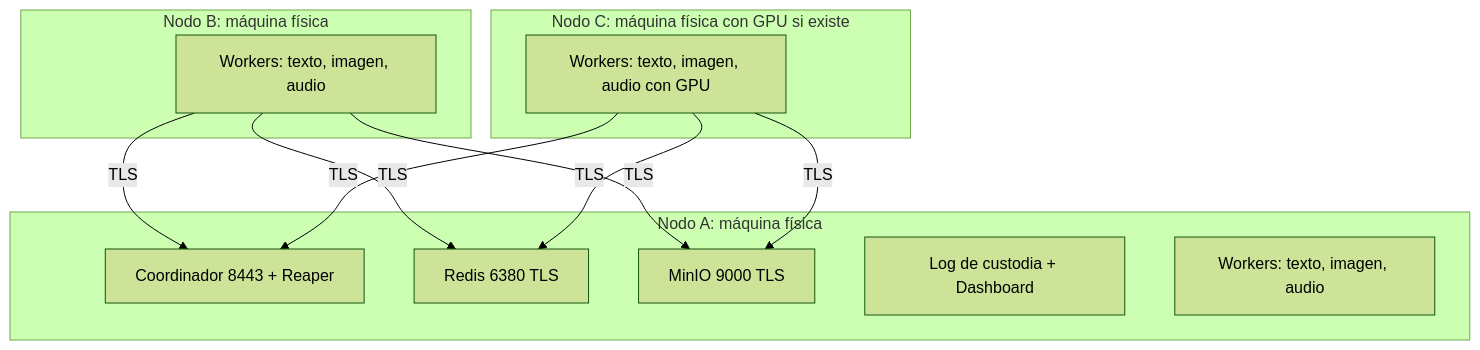
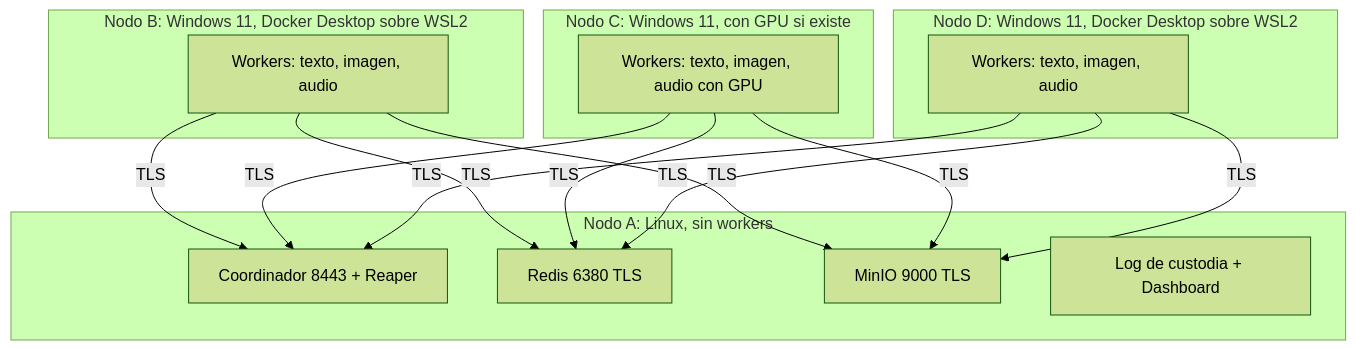
Before and after one commit to KennyRoDi/dispatcher-platform: the third of 5 diagrams in docs/ARQUITECTURA.md, drawn with Mermaid (forest theme). The commit also changed other lines of this file and 3 other files, not shown here.

````diff
--- a/docs/ARQUITECTURA.md
+++ b/docs/ARQUITECTURA.md
@@ -117,22 +117,27 @@
 ```mermaid
 flowchart TB
-    subgraph A["Nodo A: máquina física"]
+    subgraph A["Nodo A: Linux, sin workers"]
         A1["Coordinador 8443 + Reaper"]
         A2["Redis 6380 TLS"]
         A3["MinIO 9000 TLS"]
         A4["Log de custodia + Dashboard"]
-        A5["Workers: texto, imagen, audio"]
     end
-    subgraph B["Nodo B: máquina física"]
+    subgraph B["Nodo B: Windows 11, Docker Desktop sobre WSL2"]
         B1["Workers: texto, imagen, audio"]
     end
-    subgraph C["Nodo C: máquina física con GPU si existe"]
+    subgraph C["Nodo C: Windows 11, con GPU si existe"]
         C1["Workers: texto, imagen, audio con GPU"]
+    end
+    subgraph D["Nodo D: Windows 11, Docker Desktop sobre WSL2"]
+        D1["Workers: texto, imagen, audio"]
     end
     B1 -->|"TLS"| A1
     B1 -->|"TLS"| A2
     B1 -->|"TLS"| A3
     C1 -->|"TLS"| A1
     C1 -->|"TLS"| A2
     C1 -->|"TLS"| A3
+    D1 -->|"TLS"| A1
+    D1 -->|"TLS"| A2
+    D1 -->|"TLS"| A3
 ```
````
